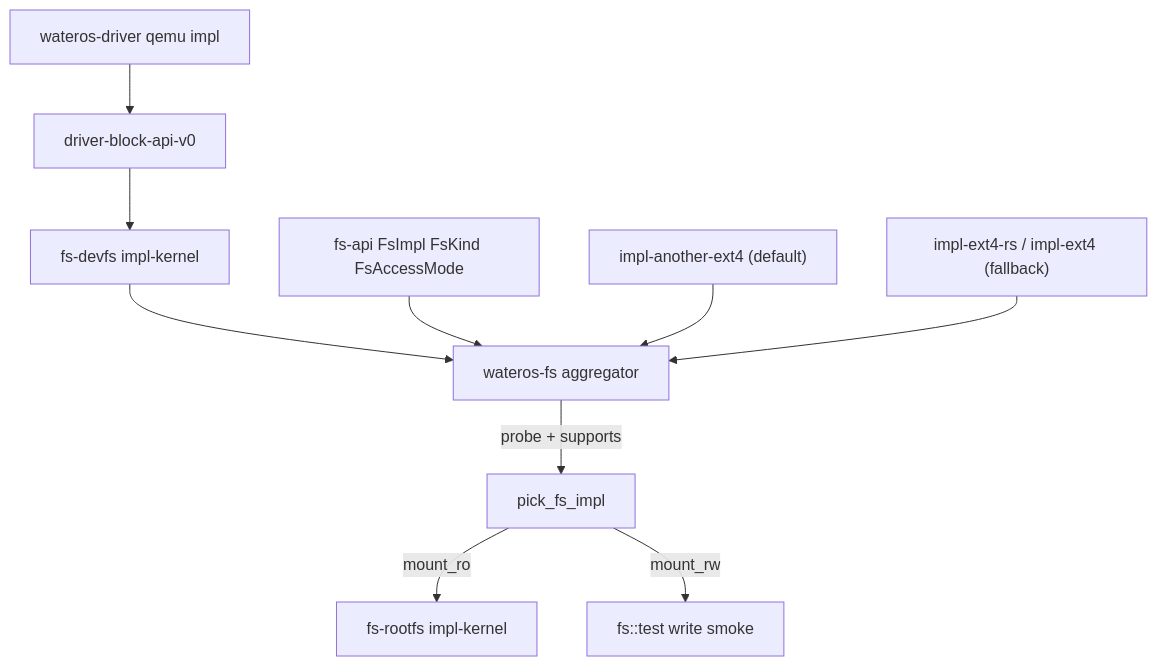
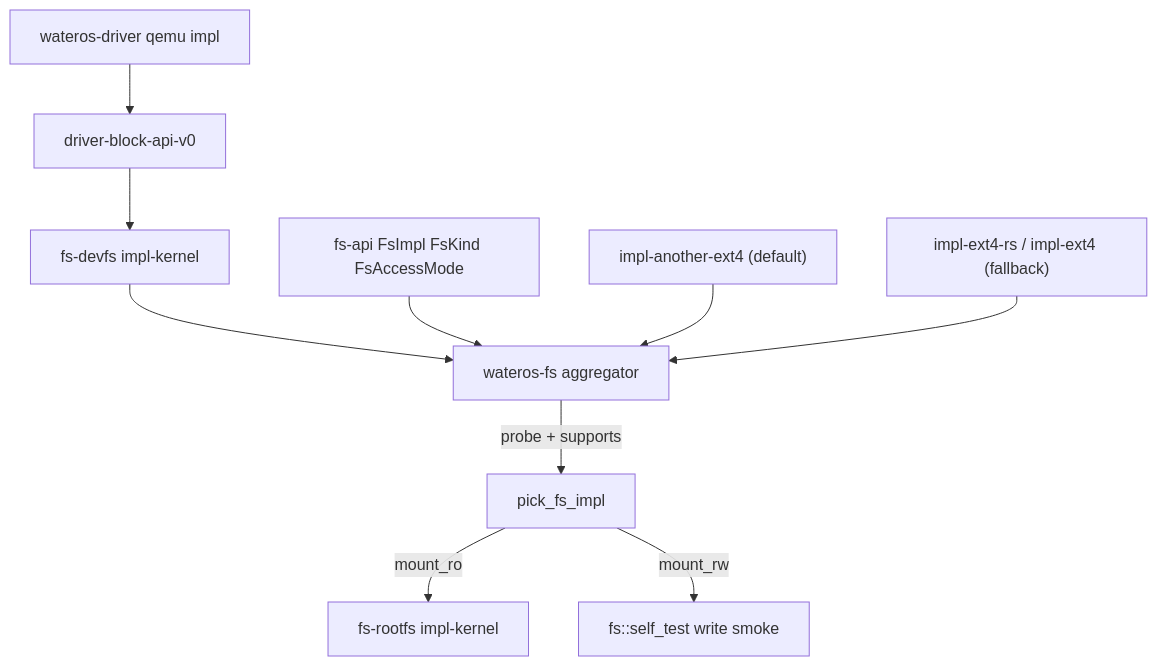
The diagram in docs/guides/filesystem-current.md (zhitian111/WaterOS), drawn with Mermaid before and after one commit. The commit also changed other lines of this file and 3 other files, not shown here.

````diff
--- a/docs/guides/filesystem-current.md
+++ b/docs/guides/filesystem-current.md
@@ -70,12 +70,12 @@
 ```mermaid
 flowchart TD
   driver["wateros-driver qemu impl"] --> blockapi["driver-block-api-v0"]
   blockapi --> devfsImpl["fs-devfs impl-kernel"]
   devfsImpl --> agg["wateros-fs aggregator"]
   fsApi["fs-api FsImpl FsKind FsAccessMode"] --> agg
   ext4Impl["impl-another-ext4 (default)"] --> agg
   ext4Fallback["impl-ext4-rs / impl-ext4 (fallback)"] --> agg
   agg -->|"probe + supports"| pick["pick_fs_impl"]
   pick -->|mount_ro| rootfsImpl["fs-rootfs impl-kernel"]
-  pick -->|mount_rw| rwSelfTest["fs::test write smoke"]
+  pick -->|mount_rw| rwSelfTest["fs::self_test write smoke"]
 ```
````
